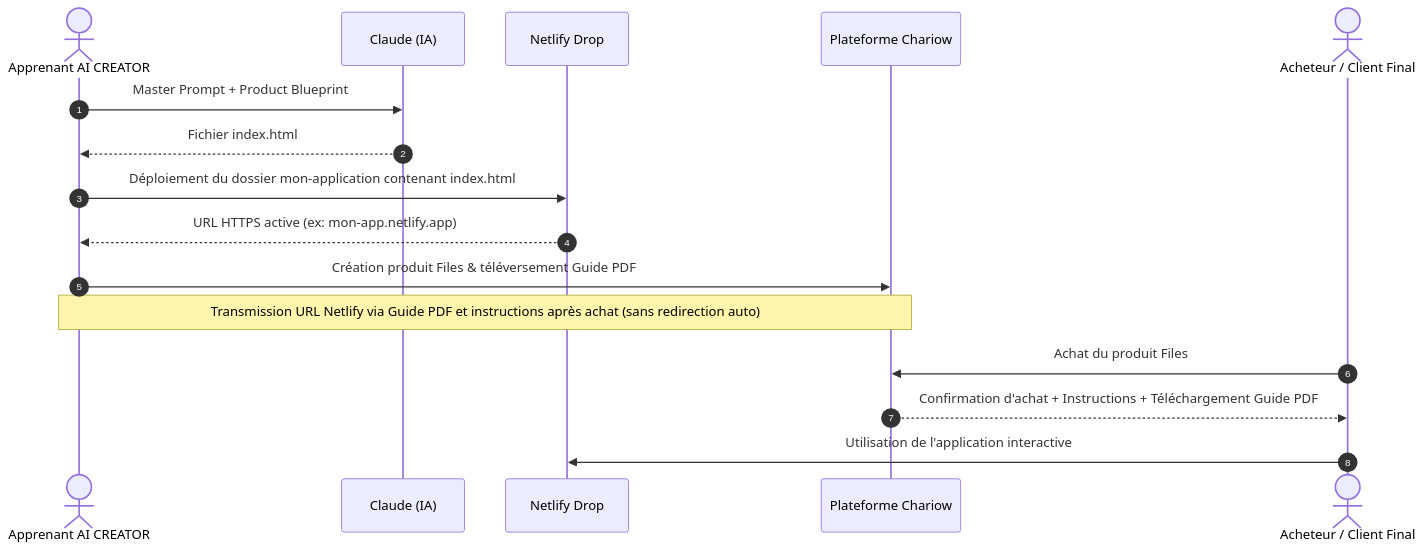
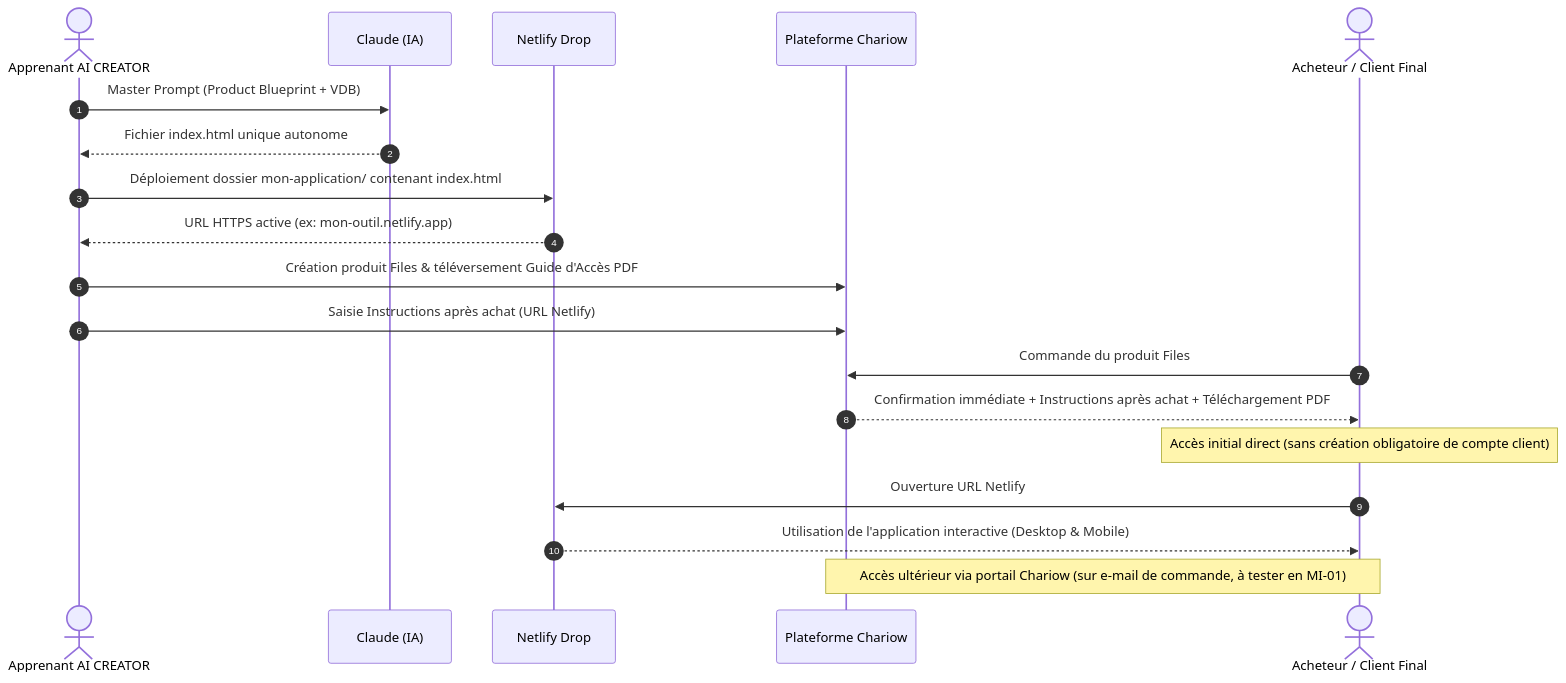
The seventh of 11 diagrams in docs/COURSE_PRD.md (Kreesten-hsh/AI_CREATOR_STUDIO), drawn with Mermaid before and after one commit. The commit also changed other lines of this file and 2 other files, not shown here.

````diff
--- a/docs/COURSE_PRD.md
+++ b/docs/COURSE_PRD.md
@@ -736,19 +734,22 @@
 ```mermaid
 sequenceDiagram
     autonumber
     actor Apprenant as Apprenant AI CREATOR
     participant Claude as Claude (IA)
     participant Netlify as Netlify Drop
     participant Chariow as Plateforme Chariow
     actor ClientFinal as Acheteur / Client Final
 
-    Apprenant->>Claude: Master Prompt + Product Blueprint
-    Claude-->>Apprenant: Fichier index.html
-    Apprenant->>Netlify: Déploiement du dossier mon-application contenant index.html
-    Netlify-->>Apprenant: URL HTTPS active (ex: mon-app.netlify.app)
-    Apprenant->>Chariow: Création produit Files & téléversement Guide PDF
-    Note over Apprenant,Chariow: Transmission URL Netlify via Guide PDF et instructions après achat (sans redirection auto)
-    ClientFinal->>Chariow: Achat du produit Files
-    Chariow-->>ClientFinal: Confirmation d'achat + Instructions + Téléchargement Guide PDF
-    ClientFinal->>Netlify: Utilisation de l'application interactive
+    Apprenant->>Claude: Master Prompt (Product Blueprint + VDB)
+    Claude-->>Apprenant: Fichier index.html unique autonome
+    Apprenant->>Netlify: Déploiement dossier mon-application/ contenant index.html
+    Netlify-->>Apprenant: URL HTTPS active (ex: mon-outil.netlify.app)
+    Apprenant->>Chariow: Création produit Files & téléversement Guide d'Accès PDF
+    Apprenant->>Chariow: Saisie Instructions après achat (URL Netlify)
+    ClientFinal->>Chariow: Commande du produit Files
+    Chariow-->>ClientFinal: Confirmation immédiate + Instructions après achat + Téléchargement PDF
+    Note over ClientFinal: Accès initial direct (sans création obligatoire de compte client)
+    ClientFinal->>Netlify: Ouverture URL Netlify
+    Netlify-->>ClientFinal: Utilisation de l'application interactive (Desktop & Mobile)
+    Note over ClientFinal,Chariow: Accès ultérieur via portail Chariow (sur e-mail de commande, à tester en MI-01)
 ```
````
